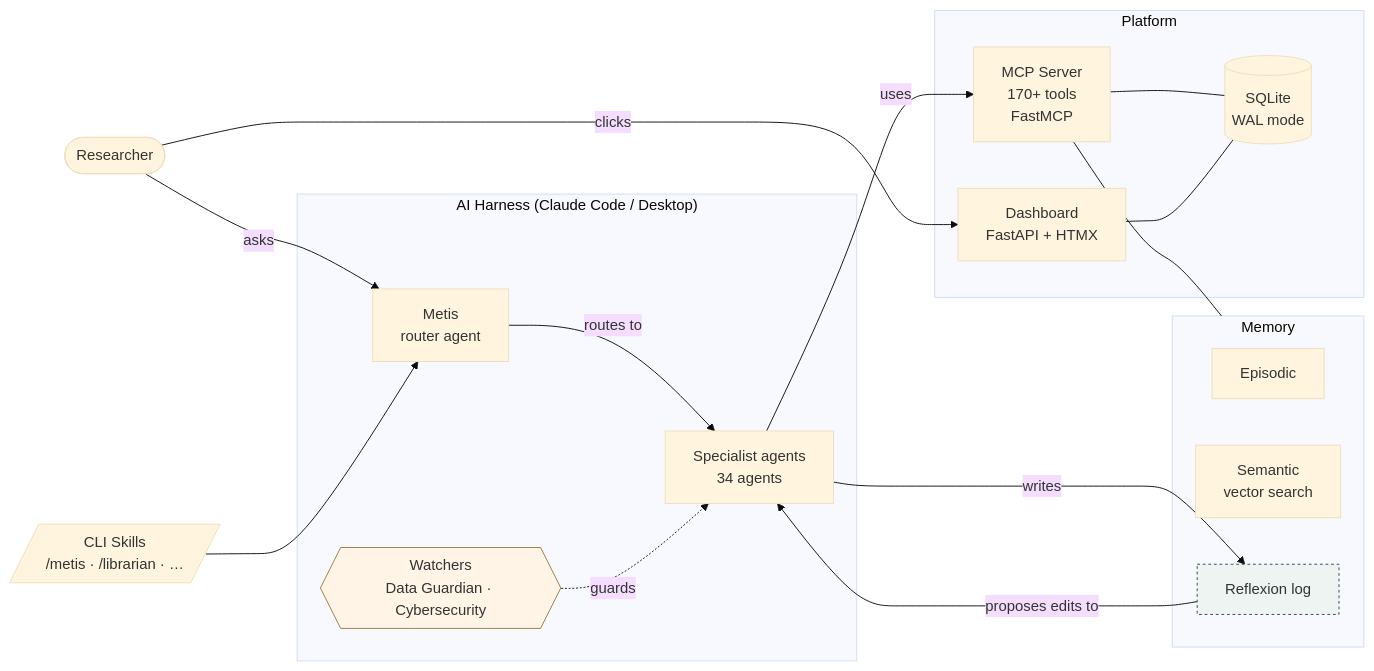
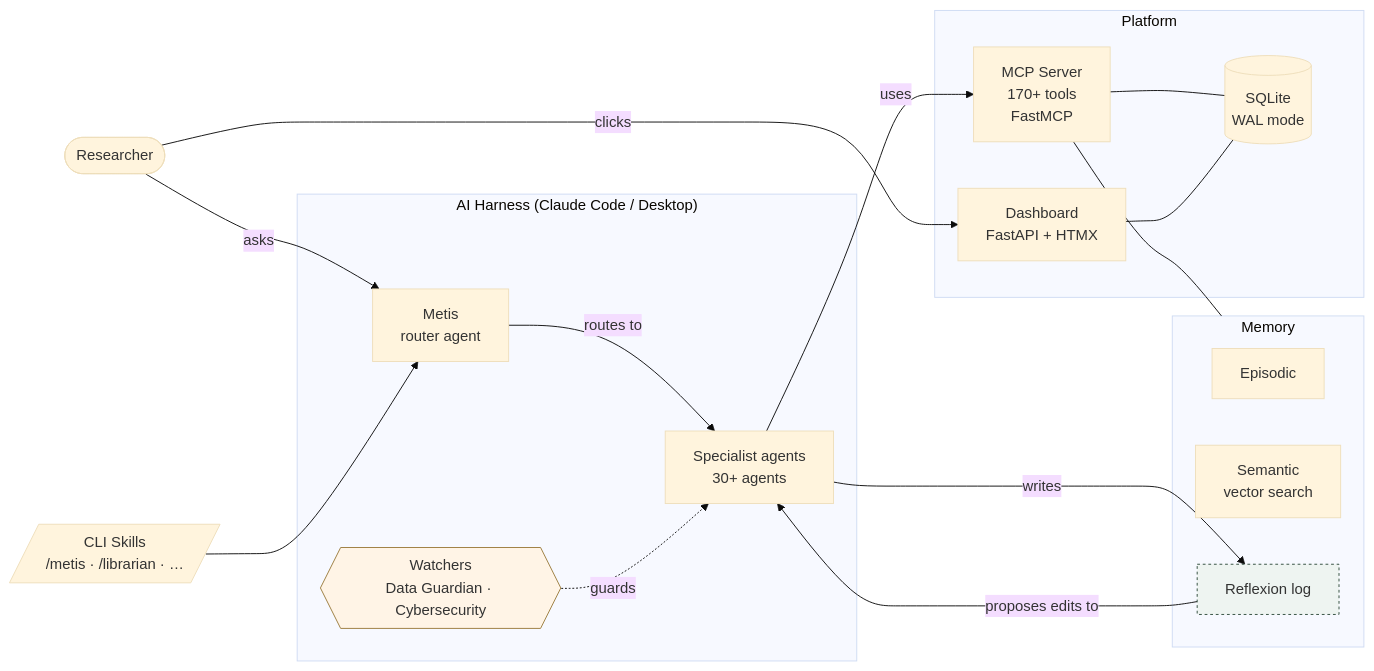
The diagram in README.md (SVerITG/Metis), drawn with Mermaid (base theme) before and after one commit. The commit also changed other lines of this file and 1 other file, not shown here.

````diff
--- a/README.md
+++ b/README.md
@@ -413,35 +413,35 @@
 ```mermaid
 flowchart LR
     U([Researcher])
     subgraph Harness["AI Harness (Claude Code / Desktop)"]
         METIS[Metis\nrouter agent]
-        AGENTS[Specialist agents\n34 agents]
+        AGENTS[Specialist agents\n30+ agents]
         WATCHERS{{Watchers\nData Guardian · Cybersecurity}}
     end
     subgraph Platform
         MCP[MCP Server\n170+ tools\nFastMCP]
         DASH[Dashboard\nFastAPI + HTMX]
         DB[(SQLite\nWAL mode)]
     end
     subgraph Memory
         EPIS[Episodic]
         SEM[Semantic\nvector search]
         REFLEX[Reflexion log]
     end
     Skills[/CLI Skills\n/metis · /librarian · …/]
 
     U -->|asks| METIS
     U -->|clicks| DASH
     METIS -->|routes to| AGENTS
     AGENTS -->|uses| MCP
     MCP --- DB
     DASH --- DB
     WATCHERS -.guards.-> AGENTS
     AGENTS -->|writes| REFLEX
     REFLEX -->|proposes edits to| AGENTS
     MCP --- Memory
     Skills --> METIS
 
     style WATCHERS fill:#fff4e6,stroke:#9a7b3c
     style REFLEX fill:#eef4f1,stroke:#2d4a3a,stroke-dasharray:3 3
 ```
````
